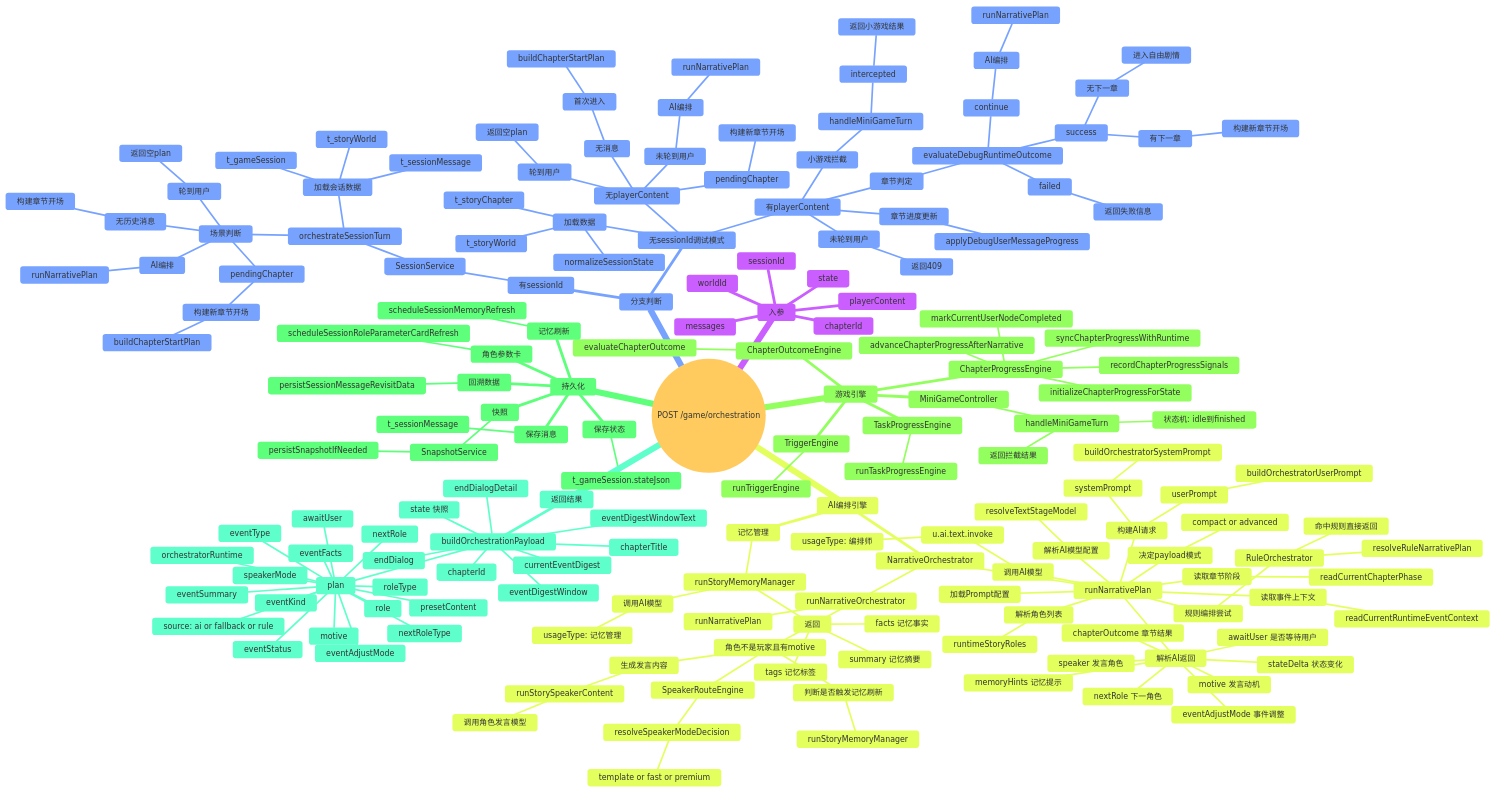
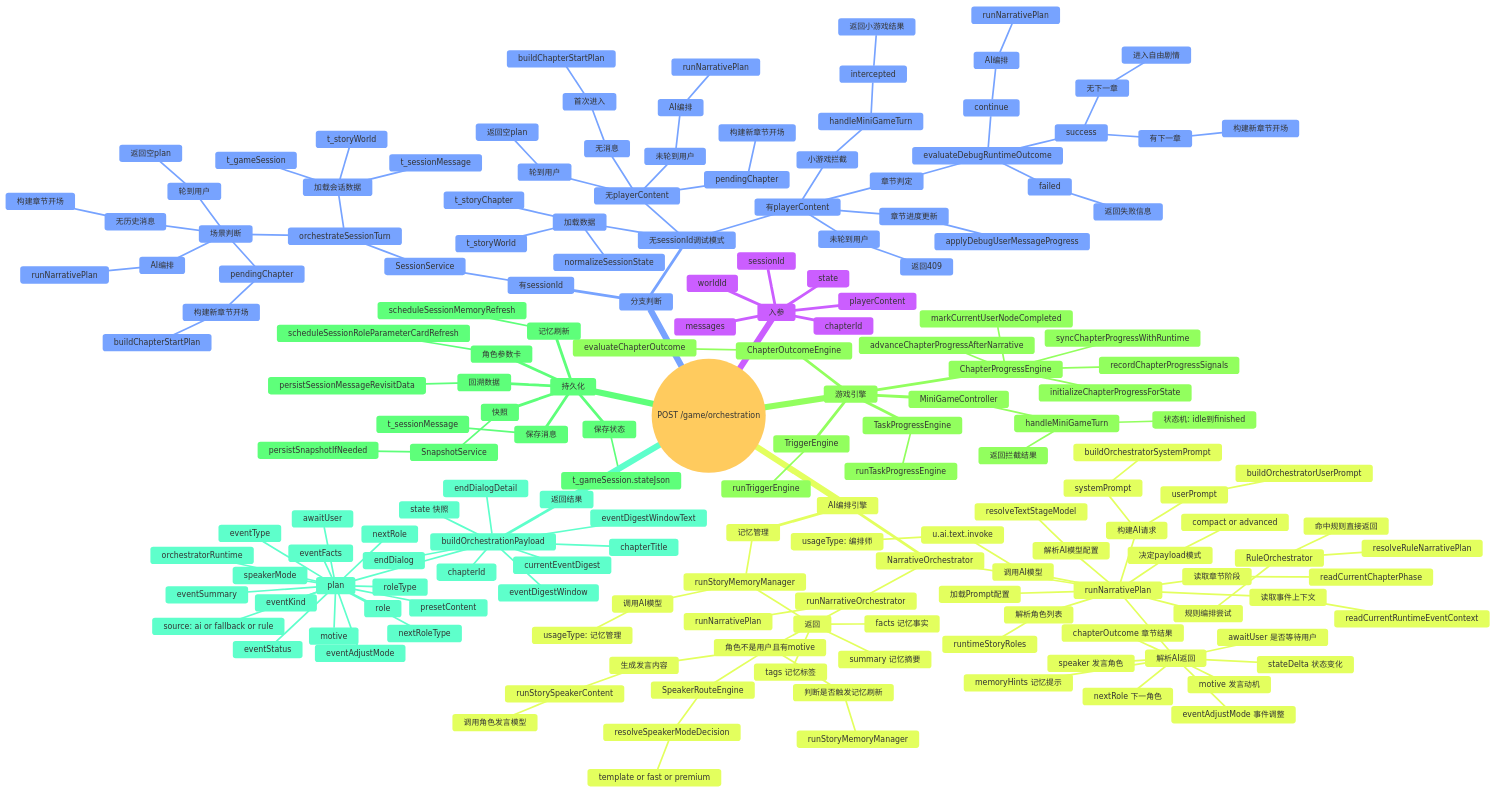
Before and after one commit to viaco2ove/Toonflow-game-doc: the diagram in md/orchestration-flow.mmd, drawn with Mermaid. The commit also changed 19 other files, not shown here.

```diff
--- a/md/orchestration-flow.mmd
+++ b/md/orchestration-flow.mmd
@@ -1,182 +1,182 @@
 %%{init: {'theme': 'base', 'themeVariables': {'fontSize': '14px', 'fontFamily': 'Microsoft YaHei, sans-serif'}}}%%
 
 mindmap
   root((POST /game/orchestration))
     入参
       sessionId
       worldId
       chapterId
       playerContent
       state
       messages
     分支判断
       有sessionId
         SessionService
           orchestrateSessionTurn
             加载会话数据
               t_gameSession
               t_storyWorld
               t_sessionMessage
             场景判断
               pendingChapter
                 ::icon(fa fa-forward)
                 构建新章节开场
                   buildChapterStartPlan
               无历史消息
                 ::icon(fa fa-play)
                 构建章节开场
               轮到用户
                 ::icon(fa fa-user)
                 返回空plan
               AI编排
                 ::icon(fa fa-robot)
                 runNarrativePlan
       无sessionId调试模式
         加载数据
           t_storyWorld
           t_storyChapter
           normalizeSessionState
         无playerContent
           pendingChapter
             构建新章节开场
           无消息
             首次进入
               buildChapterStartPlan
           轮到用户
             返回空plan
           未轮到用户
             AI编排
               runNarrativePlan
         有playerContent
           未轮到用户
             返回409
           小游戏拦截
             handleMiniGameTurn
               intercepted
                 返回小游戏结果
           章节进度更新
             applyDebugUserMessageProgress
           章节判定
             evaluateDebugRuntimeOutcome
               failed
                 返回失败信息
               success
                 有下一章
                   构建新章节开场
                 无下一章
                   进入自由剧情
               continue
                 AI编排
                   runNarrativePlan
     AI编排引擎
       NarrativeOrchestrator
         runNarrativePlan
           加载Prompt配置
           解析角色列表
             runtimeStoryRoles
           解析AI模型配置
             resolveTextStageModel
           决定payload模式
             compact or advanced
           读取章节阶段
             readCurrentChapterPhase
           读取事件上下文
             readCurrentRuntimeEventContext
           规则编排尝试
             RuleOrchestrator
               resolveRuleNarrativePlan
               命中规则直接返回
           构建AI请求
             systemPrompt
               buildOrchestratorSystemPrompt
             userPrompt
               buildOrchestratorUserPrompt
           调用AI模型
             u.ai.text.invoke
               usageType: 编排师
           解析AI返回
             speaker 发言角色
             motive 发言动机
             awaitUser 是否等待用户
             nextRole 下一角色
             chapterOutcome 章节结果
             memoryHints 记忆提示
             stateDelta 状态变化
             eventAdjustMode 事件调整
         runNarrativeOrchestrator
           runNarrativePlan
-          角色不是玩家且有motive
+          角色不是用户且有motive
             SpeakerRouteEngine
               resolveSpeakerModeDecision
                 template or fast or premium
             生成发言内容
               runStorySpeakerContent
                 调用角色发言模型
             判断是否触发记忆刷新
               runStoryMemoryManager
       记忆管理
         runStoryMemoryManager
           调用AI模型
             usageType: 记忆管理
           返回
             summary 记忆摘要
             facts 记忆事实
             tags 记忆标签
     游戏引擎
       ChapterProgressEngine
         initializeChapterProgressForState
         syncChapterProgressWithRuntime
         markCurrentUserNodeCompleted
         recordChapterProgressSignals
         advanceChapterProgressAfterNarrative
       ChapterOutcomeEngine
         evaluateChapterOutcome
       MiniGameController
         handleMiniGameTurn
           状态机: idle到finished
           返回拦截结果
       TriggerEngine
         runTriggerEngine
       TaskProgressEngine
         runTaskProgressEngine
     持久化
       保存状态
         t_gameSession.stateJson
       保存消息
         t_sessionMessage
       快照
         SnapshotService
           persistSnapshotIfNeeded
       回溯数据
         persistSessionMessageRevisitData
       记忆刷新
         scheduleSessionMemoryRefresh
       角色参数卡
         scheduleSessionRoleParameterCardRefresh
     返回结果
       buildOrchestrationPayload
         chapterId
         chapterTitle
         state 快照
         currentEventDigest
         eventDigestWindow
         eventDigestWindowText
         endDialog
         endDialogDetail
         plan
           role
           roleType
           motive
           awaitUser
           nextRole
           nextRoleType
           source: ai or fallback or rule
           eventType
           presetContent
           eventAdjustMode
           eventKind
           eventSummary
           eventFacts
           eventStatus
           speakerMode
           orchestratorRuntime
```
